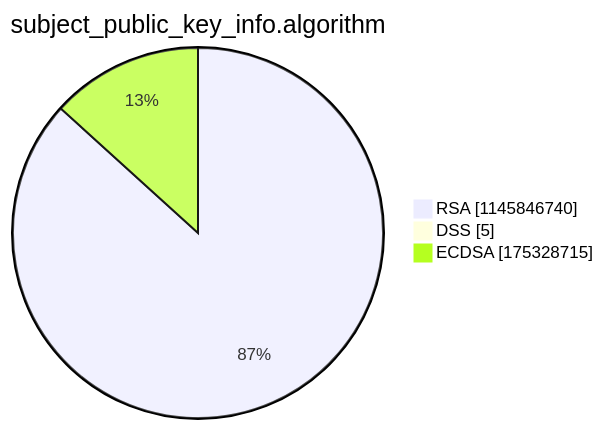
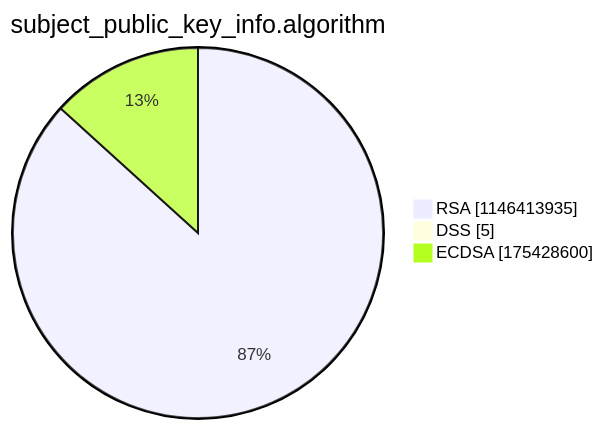
Before and after one commit to christiankrug/ctmonitor_visualization: the third of 15 diagrams in argon2022/README.md, drawn with Mermaid. The commit also changed other lines of this file, not shown here.

````diff
--- a/argon2022/README.md
+++ b/argon2022/README.md
@@ -14,7 +14,7 @@
 ```mermaid
 pie showData
 title subject_public_key_info.algorithm
-"RSA" :1145846740
+"RSA" :1146413935
 "DSS" :5
-"ECDSA" :175328715
+"ECDSA" :175428600
 ```
````
